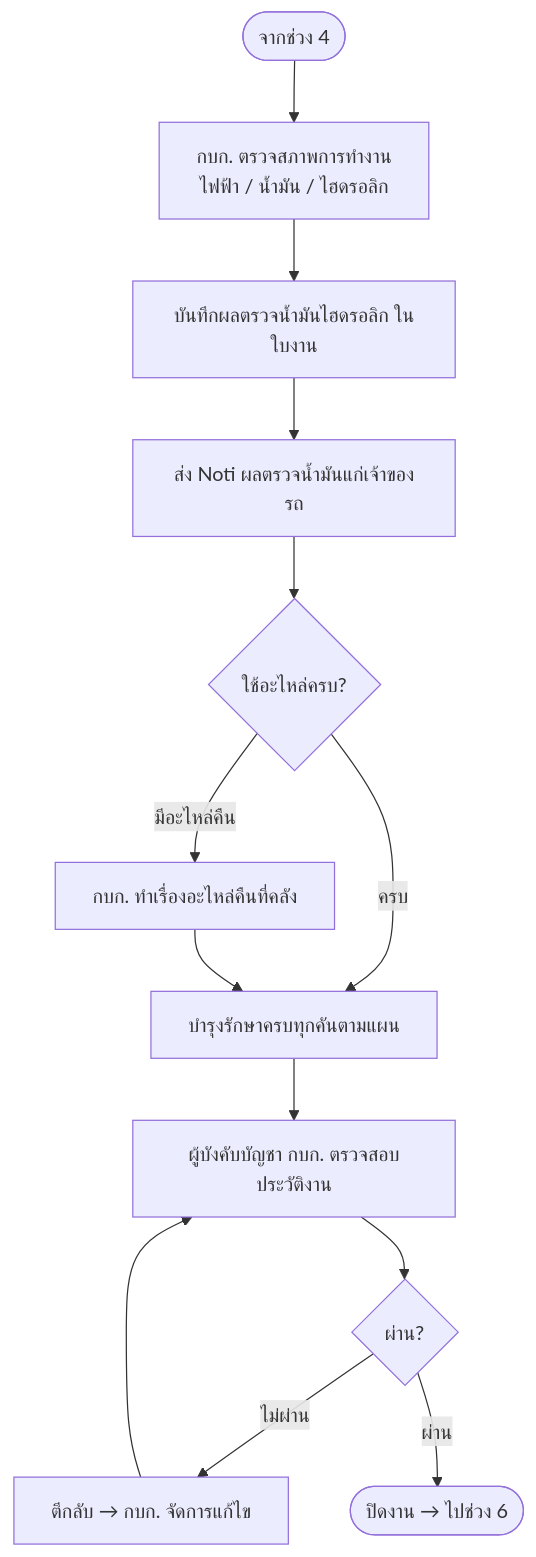
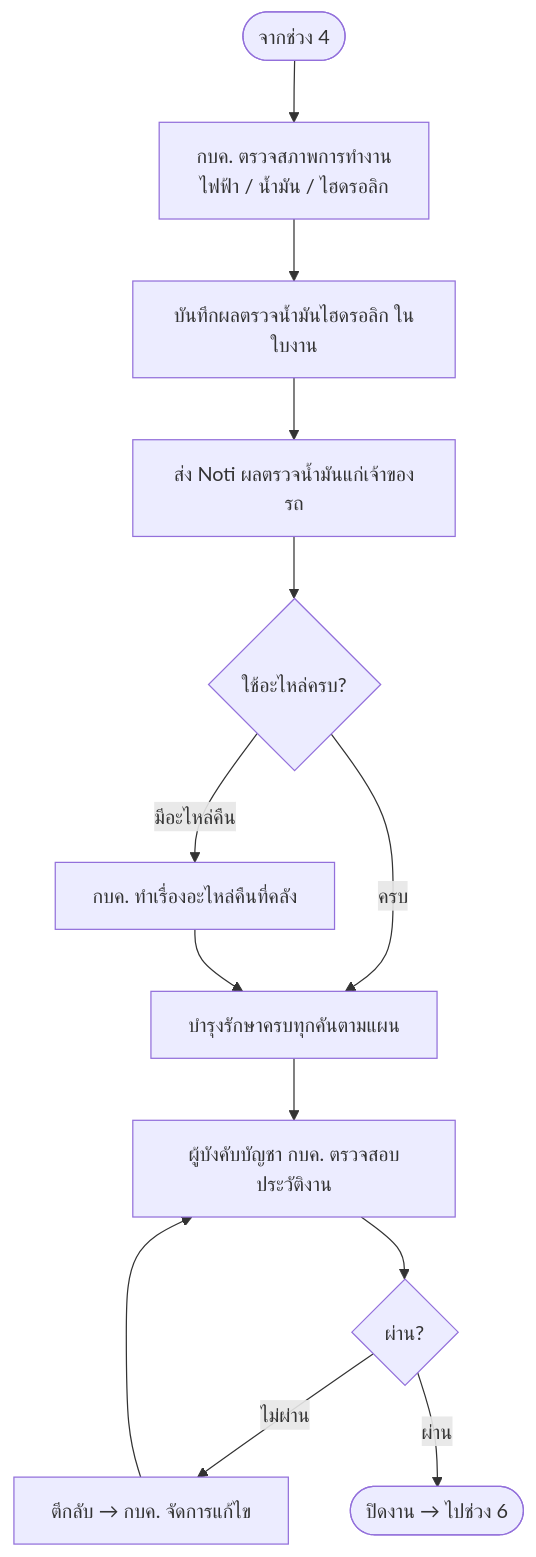
One commit to anugmail/Maintenance-Request-Form changed the diagram in Diagram/01-บำรุงรักษาตามวาระ/05-จัดทำรายงาน.md. Above: the diagram before and after it, drawn with Mermaid. The commit also changed 18 other files, not shown here.

````diff
--- a/Diagram/01-บำรุงรักษาตามวาระ/05-จัดทำรายงาน.md
+++ b/Diagram/01-บำรุงรักษาตามวาระ/05-จัดทำรายงาน.md
@@ -5,15 +5,15 @@
 ```mermaid
 flowchart TB
-    S([จากช่วง 4]) --> A[กบก. ตรวจสภาพการทำงาน<br/>ไฟฟ้า / น้ำมัน / ไฮดรอลิก]
+    S([จากช่วง 4]) --> A[กบค. ตรวจสภาพการทำงาน<br/>ไฟฟ้า / น้ำมัน / ไฮดรอลิก]
     A --> B[บันทึกผลตรวจน้ำมันไฮดรอลิก ในใบงาน]
     B --> C[ส่ง Noti ผลตรวจน้ำมันแก่เจ้าของรถ]
     C --> D{ใช้อะไหล่ครบ?}
-    D -->|มีอะไหล่คืน| E[กบก. ทำเรื่องอะไหล่คืนที่คลัง]
+    D -->|มีอะไหล่คืน| E[กบค. ทำเรื่องอะไหล่คืนที่คลัง]
     D -->|ครบ| F[บำรุงรักษาครบทุกคันตามแผน]
     E --> F
-    F --> G[ผู้บังคับบัญชา กบก. ตรวจสอบประวัติงาน]
+    F --> G[ผู้บังคับบัญชา กบค. ตรวจสอบประวัติงาน]
     G --> H{ผ่าน?}
-    H -->|ไม่ผ่าน| I[ตีกลับ → กบก. จัดการแก้ไข]
+    H -->|ไม่ผ่าน| I[ตีกลับ → กบค. จัดการแก้ไข]
     I --> G
     H -->|ผ่าน| J([ปิดงาน → ไปช่วง 6])
 ```
````
